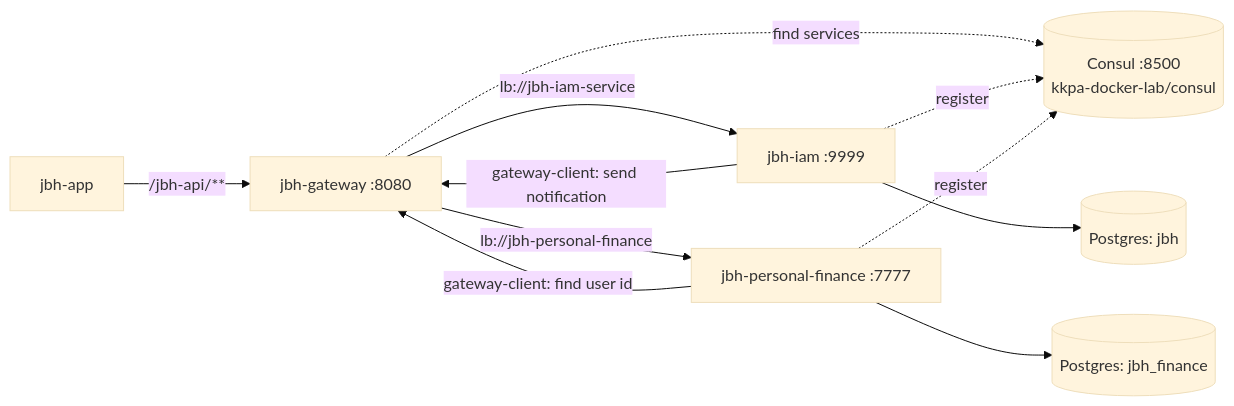
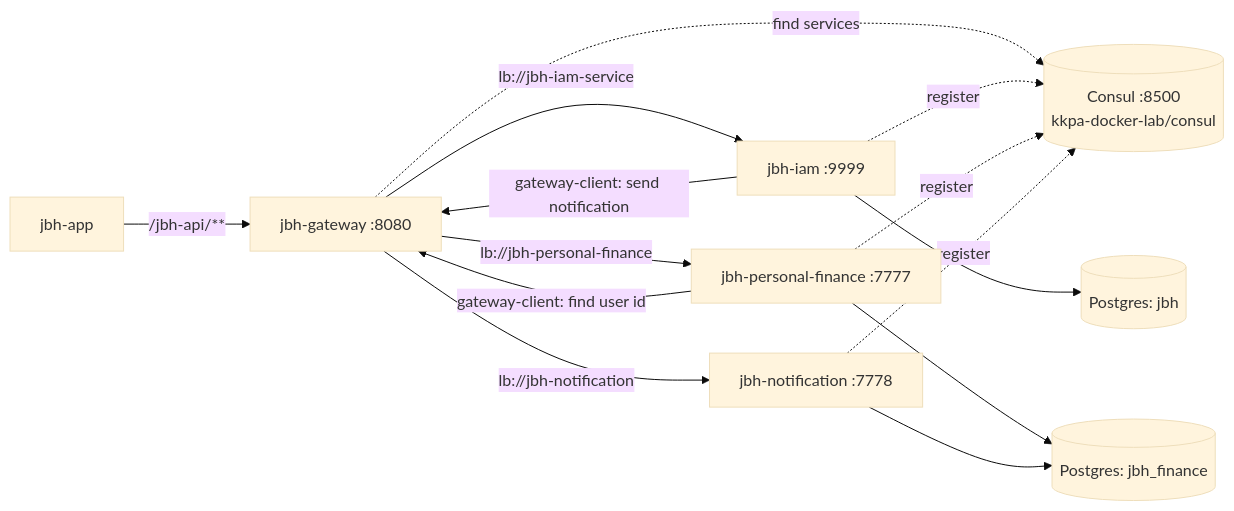
One commit to kkpa-jbh/jbh-deploy changed the diagram in README.md. Above: the diagram before and after it, drawn with Mermaid (base theme). The commit also changed other lines of this file and 5 other files, not shown here.

First line of the commit message:
docs(jbh-deploy/JBH-74): system map, CI, LOCAL and DEPLOY for jbh-notification

````diff
--- a/README.md
+++ b/README.md
@@ -23,13 +25,16 @@
 ```mermaid
 flowchart LR
     app[jbh-app] -->|/jbh-api/**| gw[jbh-gateway :8080]
     gw -->|lb://jbh-iam-service| iam[jbh-iam :9999]
     gw -->|lb://jbh-personal-finance| pf[jbh-personal-finance :7777]
+    gw -->|lb://jbh-notification| nt[jbh-notification :7778]
     gw -. find services .-> consul[(Consul :8500<br/>kkpa-docker-lab/consul)]
     iam -. register .-> consul
     pf -. register .-> consul
+    nt -. register .-> consul
     pf -->|gateway-client: find user id| gw
     iam -->|gateway-client: send notification| gw
     iam --> db1[(Postgres: jbh)]
     pf --> db2[(Postgres: jbh_finance)]
+    nt --> db2
 ```
````
